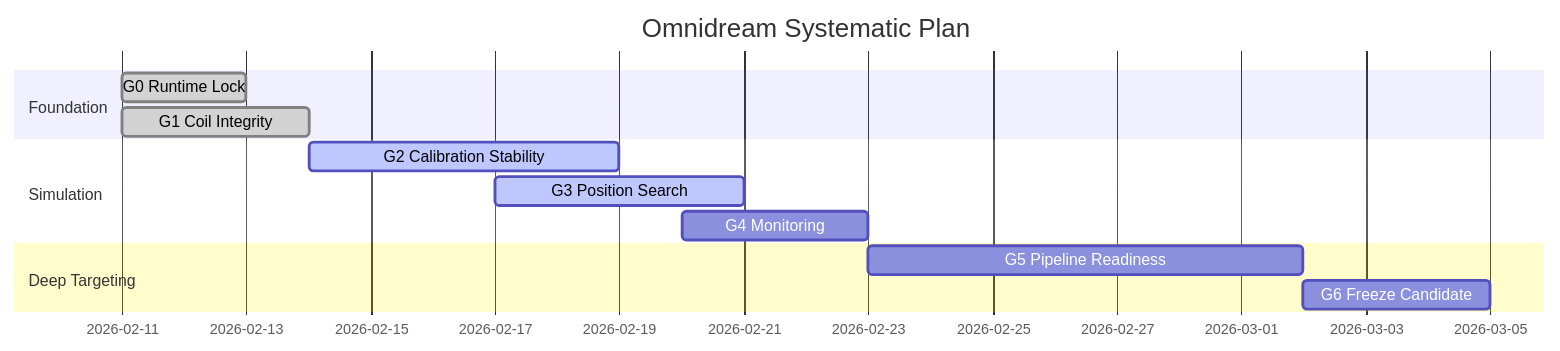
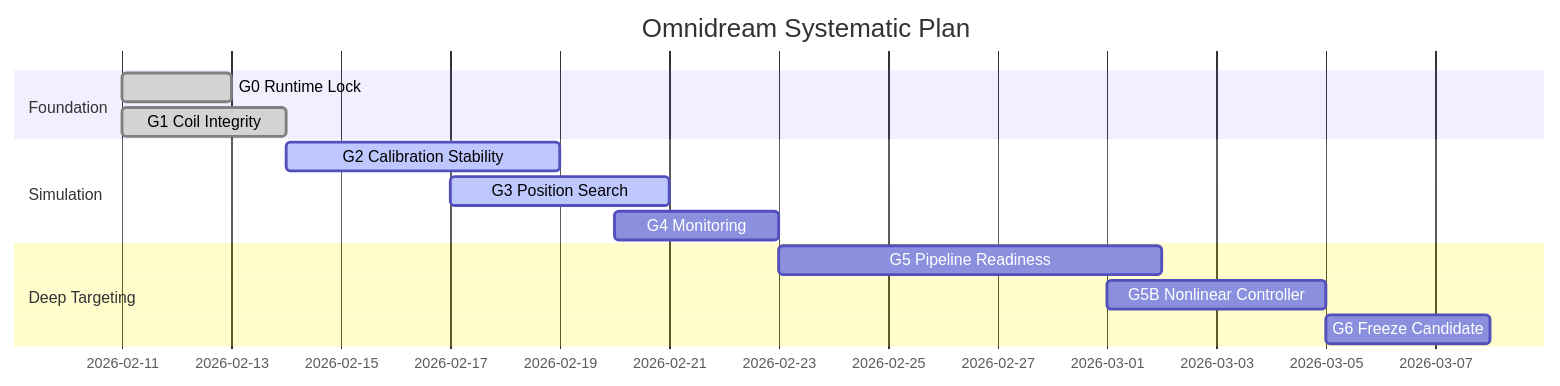
The diagram in Blueprints/systematic_implementation_plan.md (ajithksenthil/Omnidream), drawn with Mermaid before and after one commit. The commit also changed other lines of this file and 1 other file, not shown here.

Commit message:
Map DAI controller guide to implementation and add nonlinear gate

````diff
--- a/Blueprints/systematic_implementation_plan.md
+++ b/Blueprints/systematic_implementation_plan.md
@@ -100,15 +111,16 @@
 ```mermaid
 gantt
     title Omnidream Systematic Plan
     dateFormat  YYYY-MM-DD
     section Foundation
     G0 Runtime Lock           :done,    g0, 2026-02-11, 2d
     G1 Coil Integrity         :done,    g1, 2026-02-11, 3d
     section Simulation
     G2 Calibration Stability  :active,  g2, 2026-02-14, 5d
     G3 Position Search        :active,  g3, 2026-02-17, 4d
     G4 Monitoring             :         g4, 2026-02-20, 3d
     section Deep Targeting
     G5 Pipeline Readiness     :         g5, 2026-02-23, 7d
-    G6 Freeze Candidate       :         g6, 2026-03-02, 3d
+    G5B Nonlinear Controller  :         g5b, 2026-03-01, 4d
+    G6 Freeze Candidate       :         g6, 2026-03-05, 3d
 ```
````
